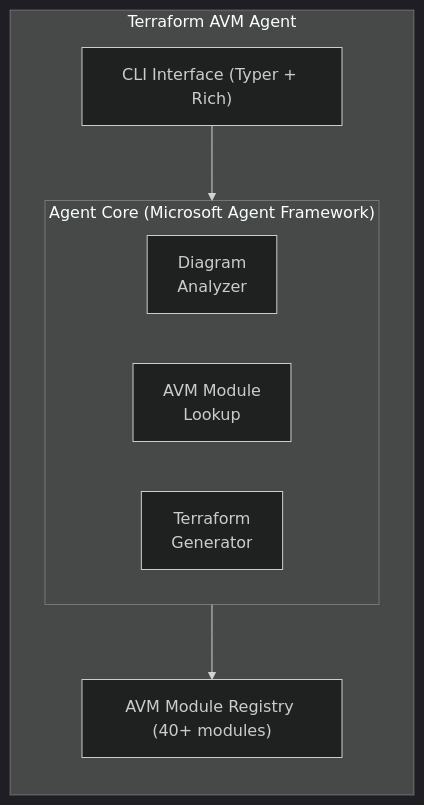
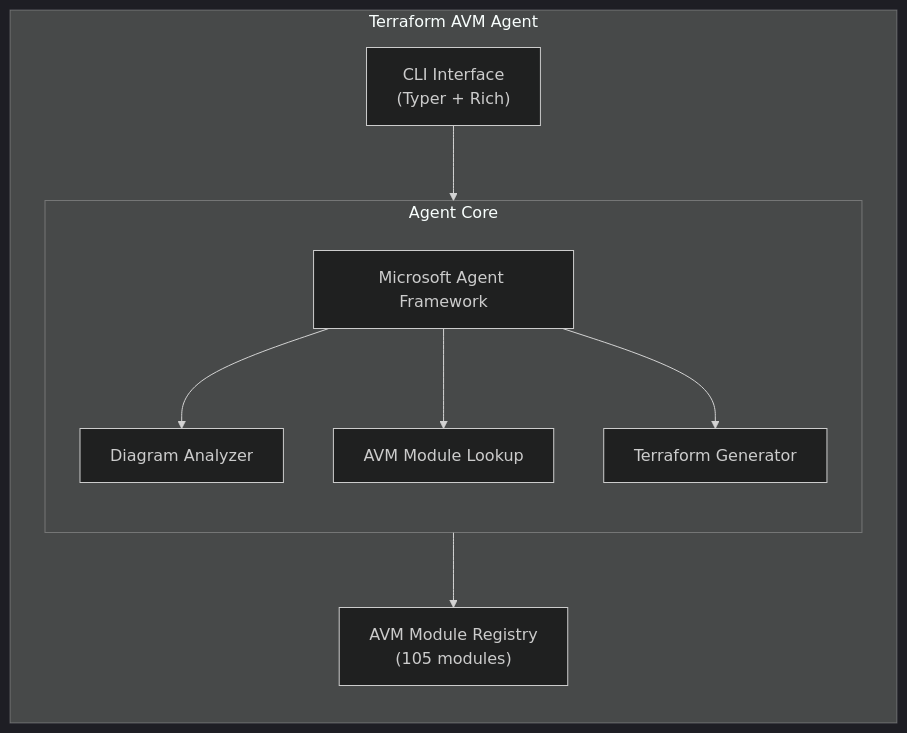
The diagram in README.md (sujaypillai/tf-avm-agent), drawn with Mermaid (dark theme) before and after one commit. The commit also changed other lines of this file, not shown here.

First line of the commit message:
docs: Fix architecture diagram and add AI contributor note

````diff
--- a/README.md
+++ b/README.md
@@ -195,19 +197,23 @@
 ```mermaid
 flowchart TB
     subgraph Agent["Terraform AVM Agent"]
         direction TB
-        CLI["CLI Interface (Typer + Rich)"]
-        
-        subgraph Core["Agent Core (Microsoft Agent Framework)"]
-            direction LR
-            DA["Diagram<br/>Analyzer"]
-            AVM["AVM Module<br/>Lookup"]
-            TG["Terraform<br/>Generator"]
+        CLI["CLI Interface<br/>(Typer + Rich)"]
+
+        subgraph Core["Agent Core"]
+            direction TB
+            MAF["Microsoft Agent Framework"]
+            DA["Diagram Analyzer"]
+            AVM["AVM Module Lookup"]
+            TG["Terraform Generator"]
+            MAF --> DA
+            MAF --> AVM
+            MAF --> TG
         end
-        
-        Registry["AVM Module Registry (40+ modules)"]
-        
+
+        Registry["AVM Module Registry<br/>(105 modules)"]
+
         CLI --> Core
         Core --> Registry
     end
 ```
````
